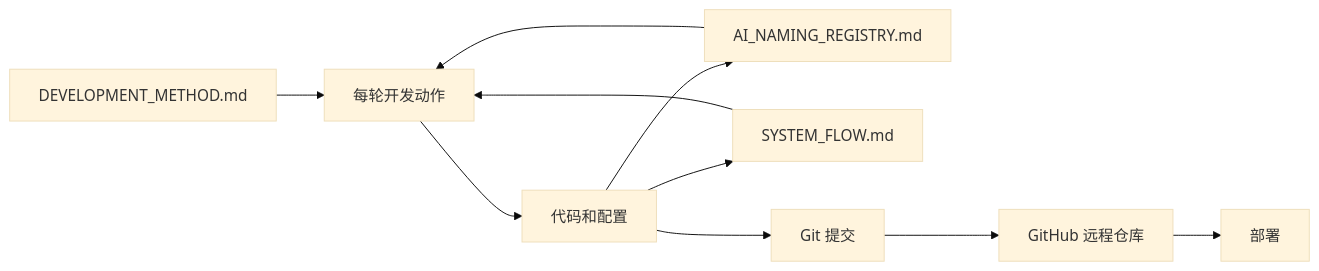
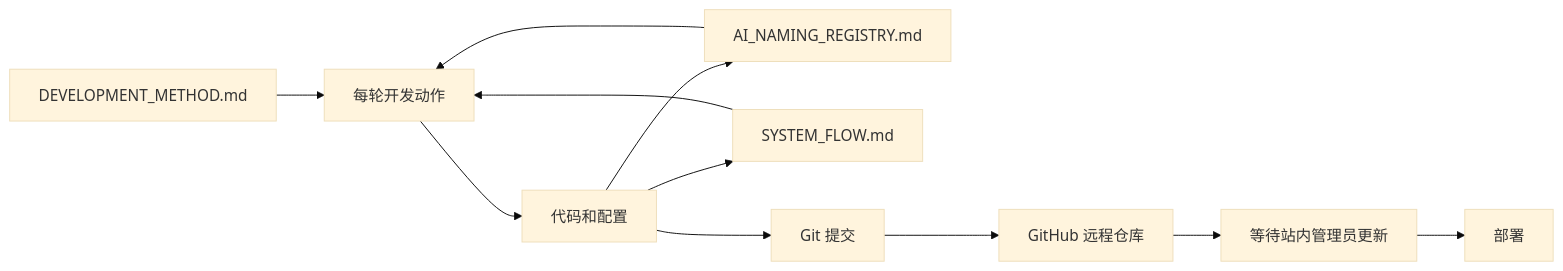
The second of 30 diagrams in docs/SYSTEM_FLOW.md (ttmanthatman/virtual-human-flow), drawn with Mermaid (base theme) before and after one commit. The commit also changed other lines of this file and 13 other files, not shown here.

````diff
--- a/docs/SYSTEM_FLOW.md
+++ b/docs/SYSTEM_FLOW.md
@@ -63,12 +63,13 @@
 ```mermaid
 flowchart LR
     DM[DEVELOPMENT_METHOD.md] --> WORK[每轮开发动作]
     NR[AI_NAMING_REGISTRY.md] --> WORK
     SF[SYSTEM_FLOW.md] --> WORK
     WORK --> CODE[代码和配置]
     CODE --> NR
     CODE --> SF
     CODE --> GIT[Git 提交]
     GIT --> GH[GitHub 远程仓库]
-    GH --> VPS[<production-domain> 部署]
+    GH --> WAIT[等待站内管理员更新]
+    WAIT --> VPS[<production-domain> 部署]
 ```
````
